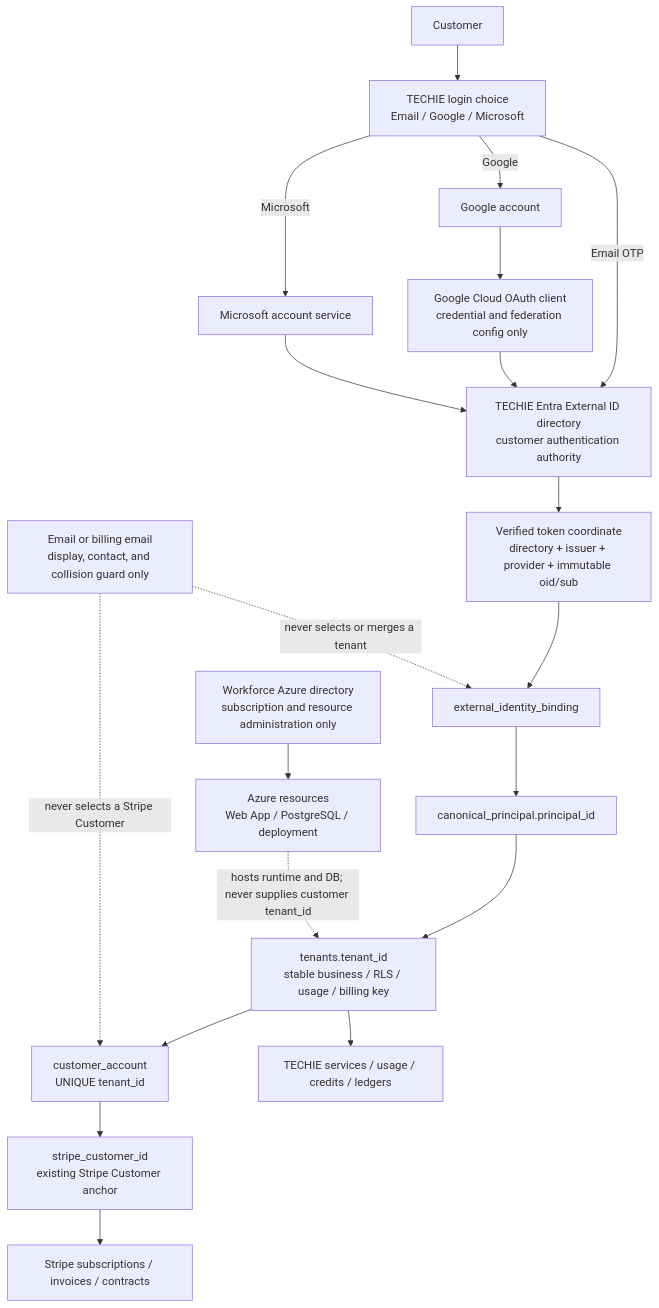
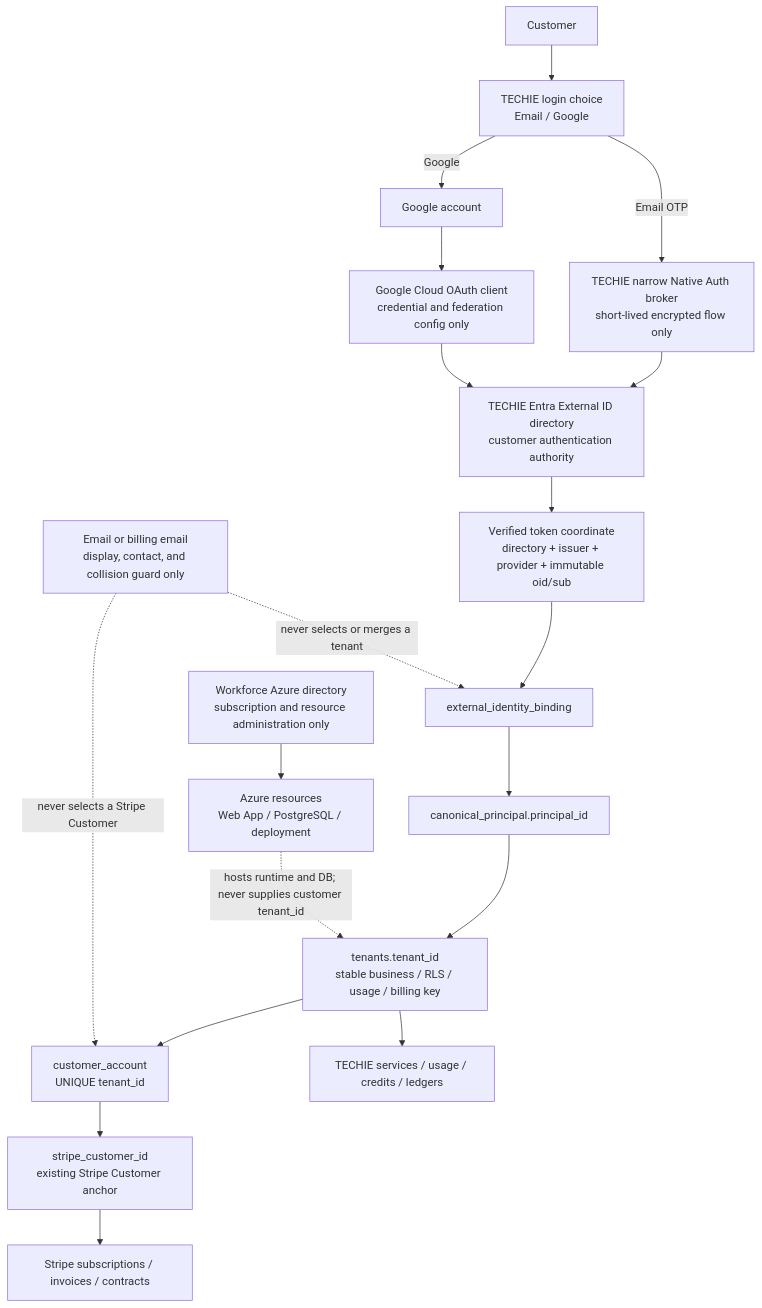
One commit to yokoyamatoyou/techie-azure-handover changed the diagram in docs/identity_tenant_stripe_architecture_20260804.md. Above: the diagram before and after it, drawn with Mermaid. The commit also changed other lines of this file and 27 other files, not shown here.

Commit message:
add fail-closed native email identity linking

````diff
--- a/docs/identity_tenant_stripe_architecture_20260804.md
+++ b/docs/identity_tenant_stripe_architecture_20260804.md
@@ -30,26 +30,25 @@
 ```mermaid
 flowchart TB
-    User["Customer"] --> Choice["TECHIE login choice<br/>Email / Google / Microsoft"]
+    User["Customer"] --> Choice["TECHIE login choice<br/>Email / Google"]
 
-    Choice -->|"Email OTP"| ExternalID["TECHIE Entra External ID directory<br/>customer authentication authority"]
+    Choice -->|"Email OTP"| NativeBroker["TECHIE narrow Native Auth broker<br/>short-lived encrypted flow only"]
+    NativeBroker --> ExternalID["TECHIE Entra External ID directory<br/>customer authentication authority"]
     Choice -->|"Google"| Google["Google account"]
     Google --> GoogleCloud["Google Cloud OAuth client<br/>credential and federation config only"]
     GoogleCloud --> ExternalID
-    Choice -->|"Microsoft"| Microsoft["Microsoft account service"]
-    Microsoft --> ExternalID
 
     ExternalID --> Verified["Verified token coordinate<br/>directory + issuer + provider + immutable oid/sub"]
     Verified --> Binding["external_identity_binding"]
     Binding --> Principal["canonical_principal.principal_id"]
     Principal --> Tenant["tenants.tenant_id<br/>stable business / RLS / usage / billing key"]
     Tenant --> Account["customer_account<br/>UNIQUE tenant_id"]
     Account --> StripeID["stripe_customer_id<br/>existing Stripe Customer anchor"]
     StripeID --> Stripe["Stripe subscriptions / invoices / contracts"]
     Tenant --> Usage["TECHIE services / usage / credits / ledgers"]
 
     Workforce["Workforce Azure directory<br/>subscription and resource administration only"] --> Azure["Azure resources<br/>Web App / PostgreSQL / deployment"]
     Azure -.->|"hosts runtime and DB; never supplies customer tenant_id"| Tenant
 
     EmailGuard["Email or billing email<br/>display, contact, and collision guard only"] -.->|"never selects or merges a tenant"| Binding
     EmailGuard -.->|"never selects a Stripe Customer"| Account
 ```
````
